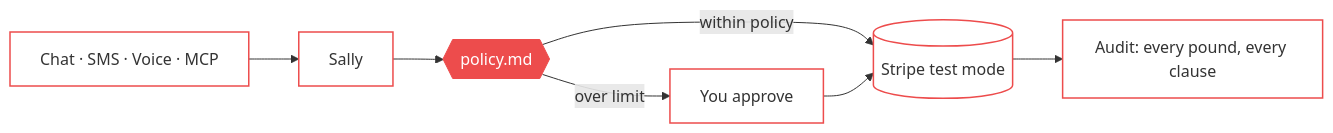
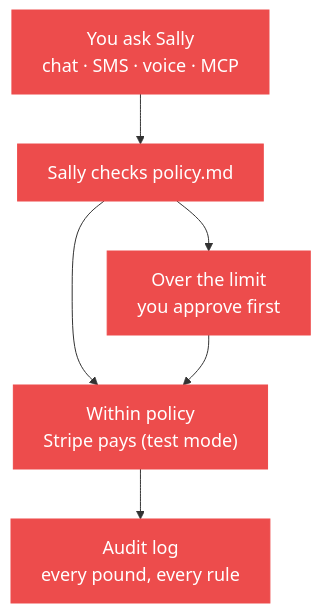
The diagram in README.md (Hey-Salad/agent-offramp), drawn with Mermaid before and after one commit.

Commit message:
docs(readme): legible top-down Cherry Mermaid diagram for light and dark mode

````diff
--- a/README.md
+++ b/README.md
@@ -73,12 +73,10 @@
 ```mermaid
-flowchart LR
-  A[Chat · SMS · Voice · MCP] --> R[Sally]
-  R --> P{{policy.md}}
-  P -->|within policy| S[(Stripe test mode)]
-  P -->|over limit| H[You approve]
+flowchart TD
+  A["You ask Sally<br/>chat · SMS · voice · MCP"] --> P["Sally checks policy.md"]
+  P --> S["Within policy<br/>Stripe pays (test mode)"]
+  P --> H["Over the limit<br/>you approve first"]
   H --> S
-  S --> L[Audit: every pound, every clause]
-  classDef hs fill:none,stroke:#ed4c4c,stroke-width:1.5px
-  class A,R,S,H,L hs
-  style P fill:#ed4c4c,color:#ffffff,stroke:#ed4c4c
+  S --> L["Audit log<br/>every pound, every rule"]
+  classDef hs fill:#ed4c4c,stroke:#ed4c4c,color:#ffffff,font-size:18px
+  class A,P,S,H,L hs
 ```
````
